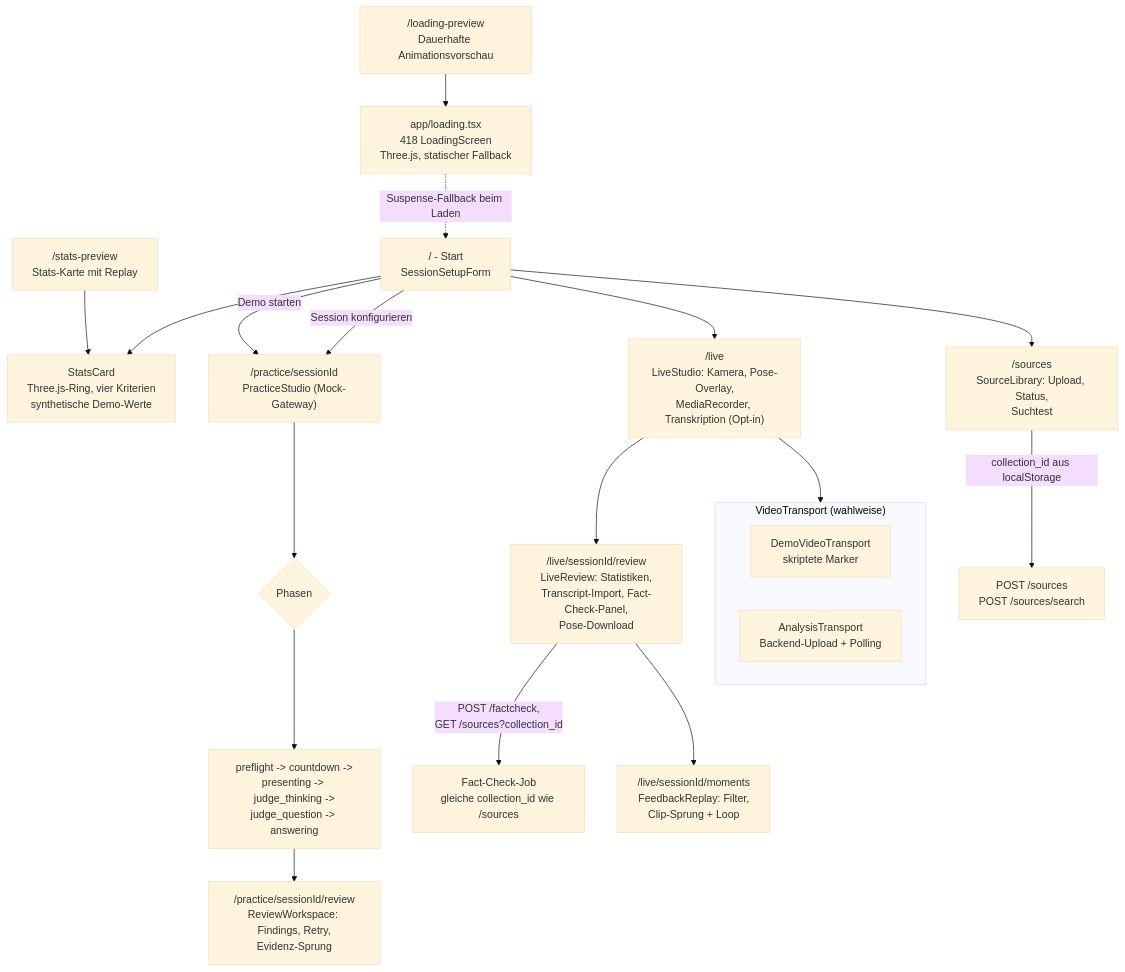
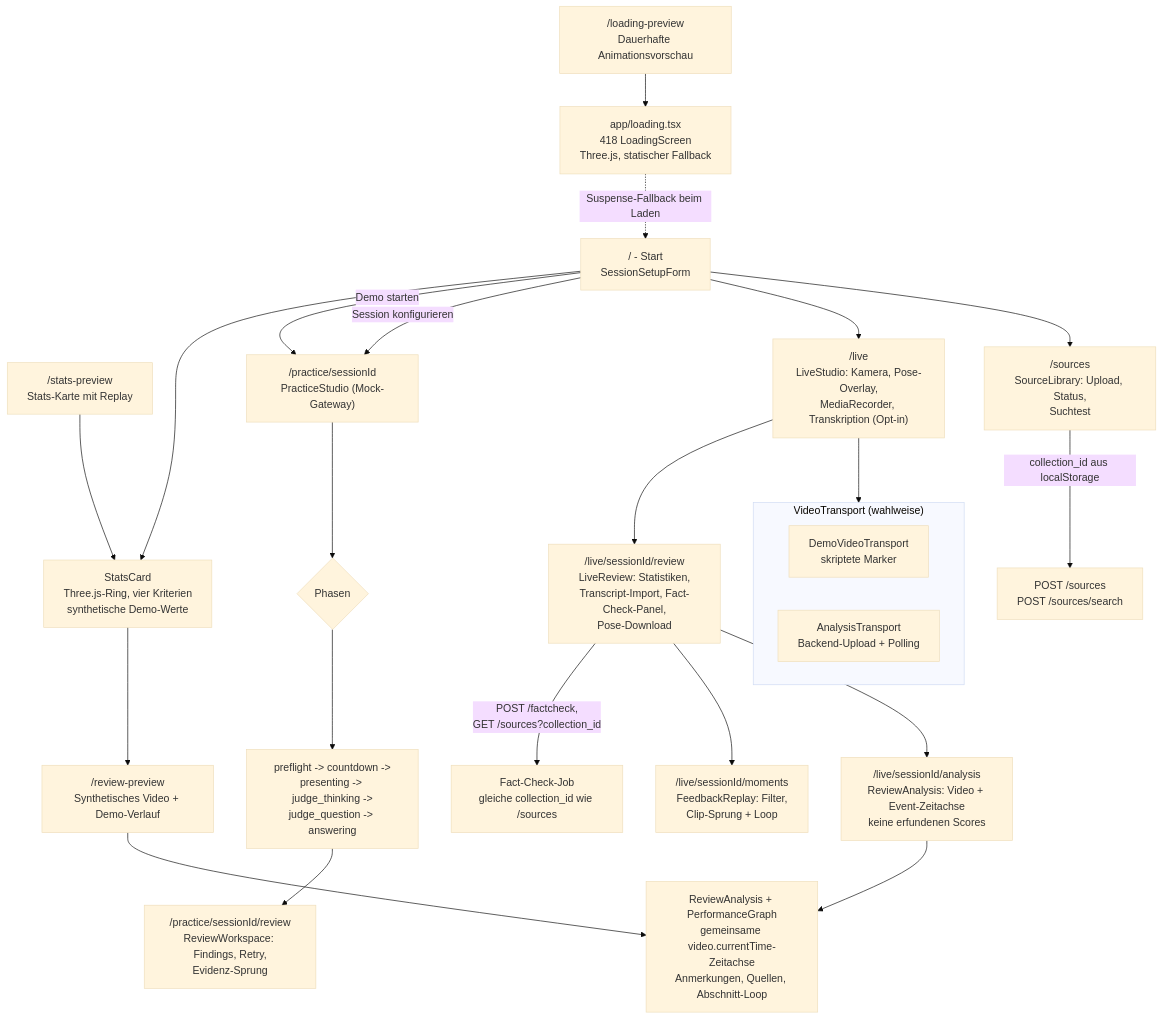
Before and after one commit to johannes3502/hackathon-fulda: the sixth of 10 diagrams in docs/03-architecture.md, drawn with Mermaid (base theme). The commit also changed 20 other files, not shown here.

Commit message:
Add timestamp-linked presentation analysis with performance graph

````diff
--- a/docs/03-architecture.md
+++ b/docs/03-architecture.md
@@ -223,28 +223,32 @@
 ```mermaid
 flowchart TD
     LOADING["app/loading.tsx<br/>418 LoadingScreen<br/>Three.js, statischer Fallback"]
     LP["/loading-preview<br/>Dauerhafte Animationsvorschau"] --> LOADING
     SP["/stats-preview<br/>Stats-Karte mit Replay"] --> SC["StatsCard<br/>Three.js-Ring, vier Kriterien<br/>synthetische Demo-Werte"]
     HOME --> SC
+    SC --> RP["/review-preview<br/>Synthetisches Video + Demo-Verlauf"]
     LOADING -. "Suspense-Fallback beim Laden" .-> HOME
     HOME["/ - Start<br/>SessionSetupForm"] -->|"Demo starten"| PRAC["/practice/sessionId<br/>PracticeStudio (Mock-Gateway)"]
     HOME -->|"Session konfigurieren"| PRAC
     HOME --> LIVE["/live<br/>LiveStudio: Kamera, Pose-Overlay,<br/>MediaRecorder, Transkription (Opt-in)"]
     HOME --> SRC["/sources<br/>SourceLibrary: Upload, Status,<br/>Suchtest"]
 
     PRAC --> STATE{"Phasen"}
     STATE --> P1["preflight -> countdown -><br/>presenting -> judge_thinking -><br/>judge_question -> answering"]
     P1 --> PREV["/practice/sessionId/review<br/>ReviewWorkspace: Findings, Retry,<br/>Evidenz-Sprung"]
 
     LIVE --> LREV["/live/sessionId/review<br/>LiveReview: Statistiken,<br/>Transcript-Import, Fact-Check-Panel,<br/>Pose-Download"]
     LREV -->|"POST /factcheck,<br/>GET /sources?collection_id"| FCAPI["Fact-Check-Job<br/>gleiche collection_id wie /sources"]
     LREV --> MOM["/live/sessionId/moments<br/>FeedbackReplay: Filter,<br/>Clip-Sprung + Loop"]
+    LREV --> LA["/live/sessionId/analysis<br/>ReviewAnalysis: Video + Event-Zeitachse<br/>keine erfundenen Scores"]
+    RP --> RA["ReviewAnalysis + PerformanceGraph<br/>gemeinsame video.currentTime-Zeitachse<br/>Anmerkungen, Quellen, Abschnitt-Loop"]
+    LA --> RA
 
     SRC -->|"collection_id aus localStorage"| UPLOAD["POST /sources<br/>POST /sources/search"]
 
     subgraph Transport["VideoTransport (wahlweise)"]
         DEMO["DemoVideoTransport<br/>skriptete Marker"]
         ANA["AnalysisTransport<br/>Backend-Upload + Polling"]
     end
     LIVE --> Transport
 ```
````
